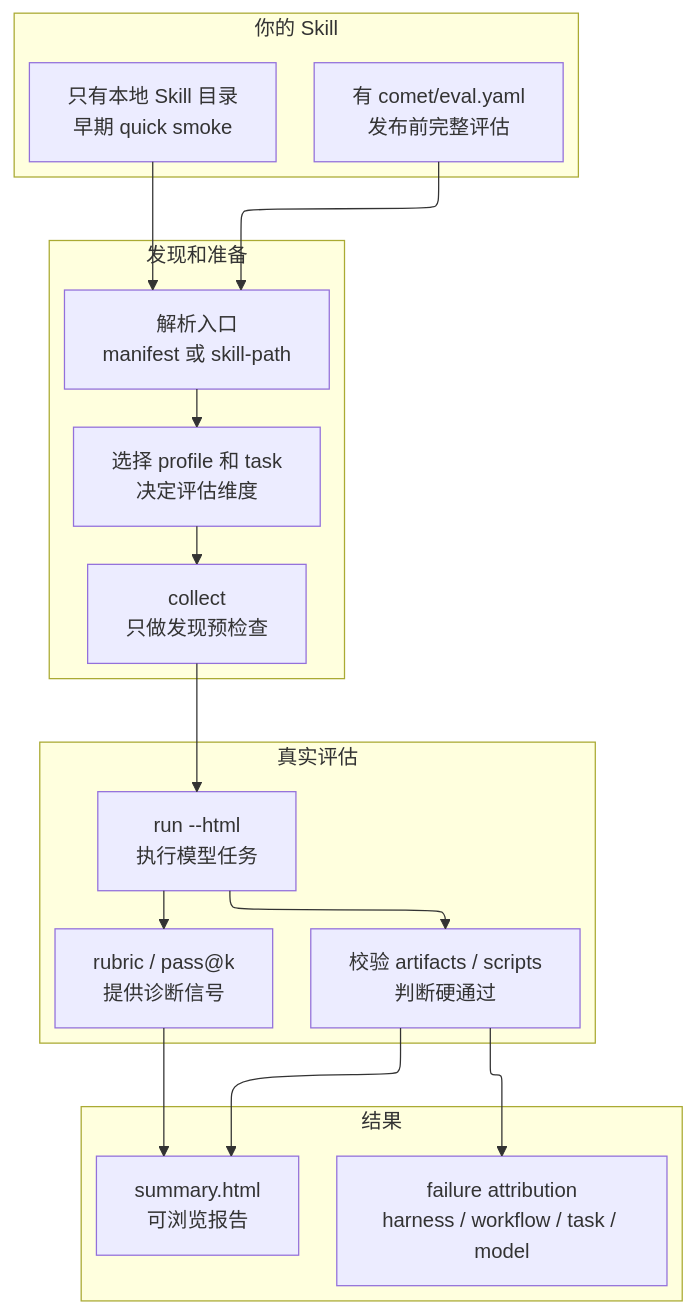
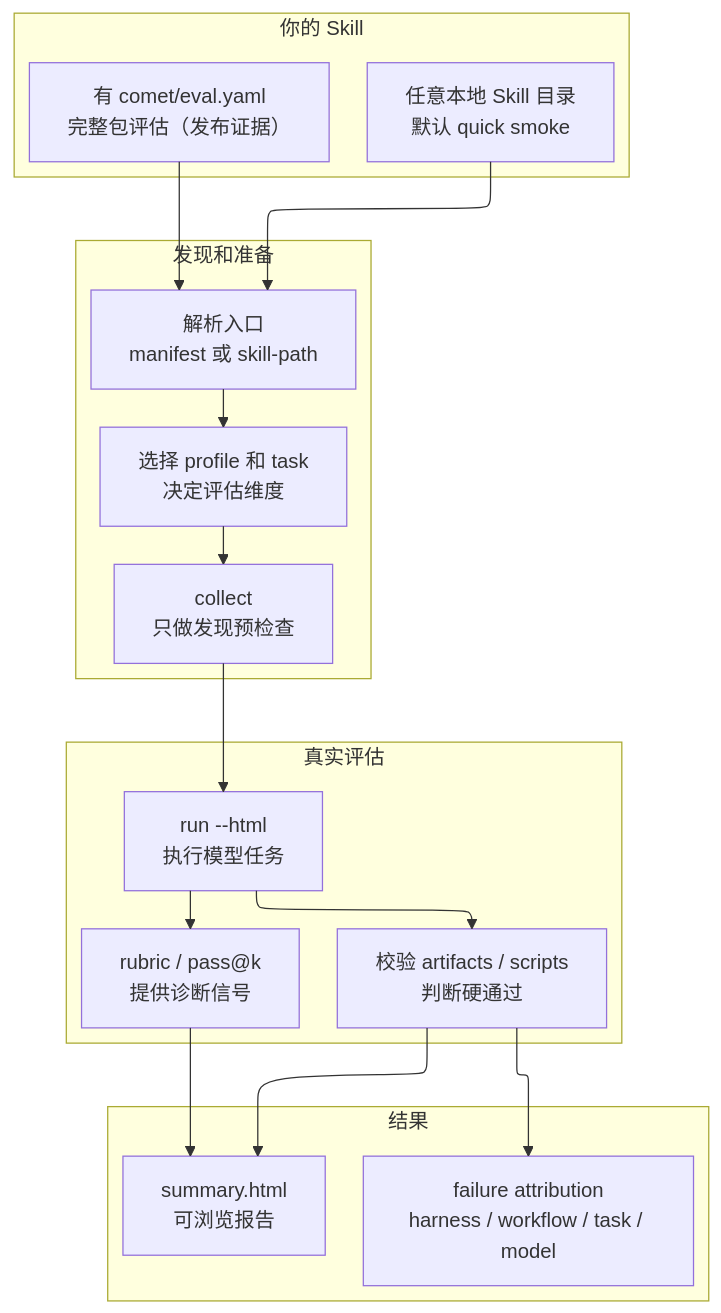
Before and after one commit to rpamis/comet-website-docs: the first of 2 diagrams in zh/eval/overview.mdx, drawn with Mermaid. The commit also changed other lines of this file and 9 other files, not shown here.

First line of the commit message:
docs: lead eval docs with skill-path entry, de-emphasize eval.yaml

````diff
--- a/zh/eval/overview.mdx
+++ b/zh/eval/overview.mdx
@@ -58,31 +58,31 @@
 ```mermaid
 %%{init: {'flowchart': {'defaultRenderer': 'elk'}}}%%
 flowchart TB
   subgraph Input["你的 Skill"]
-    A["有 comet/eval.yaml<br/>发布前完整评估"]
-    B["只有本地 Skill 目录<br/>早期 quick smoke"]
+    A["任意本地 Skill 目录<br/>默认 quick smoke"]
+    B["有 comet/eval.yaml<br/>完整包评估（发布证据）"]
   end
 
   subgraph Discover["发现和准备"]
     C["解析入口<br/>manifest 或 skill-path"]
     D["选择 profile 和 task<br/>决定评估维度"]
     E["collect<br/>只做发现预检查"]
   end
 
   subgraph Run["真实评估"]
     F["run --html<br/>执行模型任务"]
     G["校验 artifacts / scripts<br/>判断硬通过"]
     H["rubric / pass@k<br/>提供诊断信号"]
   end
 
   subgraph Output["结果"]
     I["summary.html<br/>可浏览报告"]
     J["failure attribution<br/>harness / workflow / task / model"]
   end
 
   A --> C
   B --> C
   C --> D --> E --> F --> G --> I
   F --> H --> I
   G --> J
 ```
````
